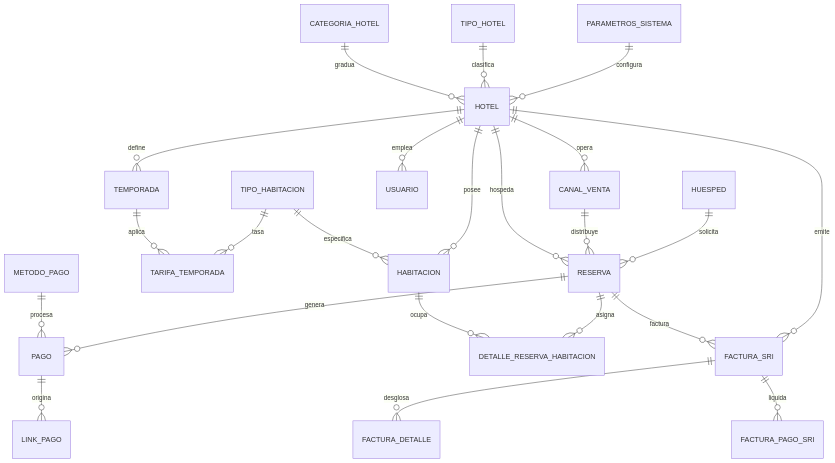
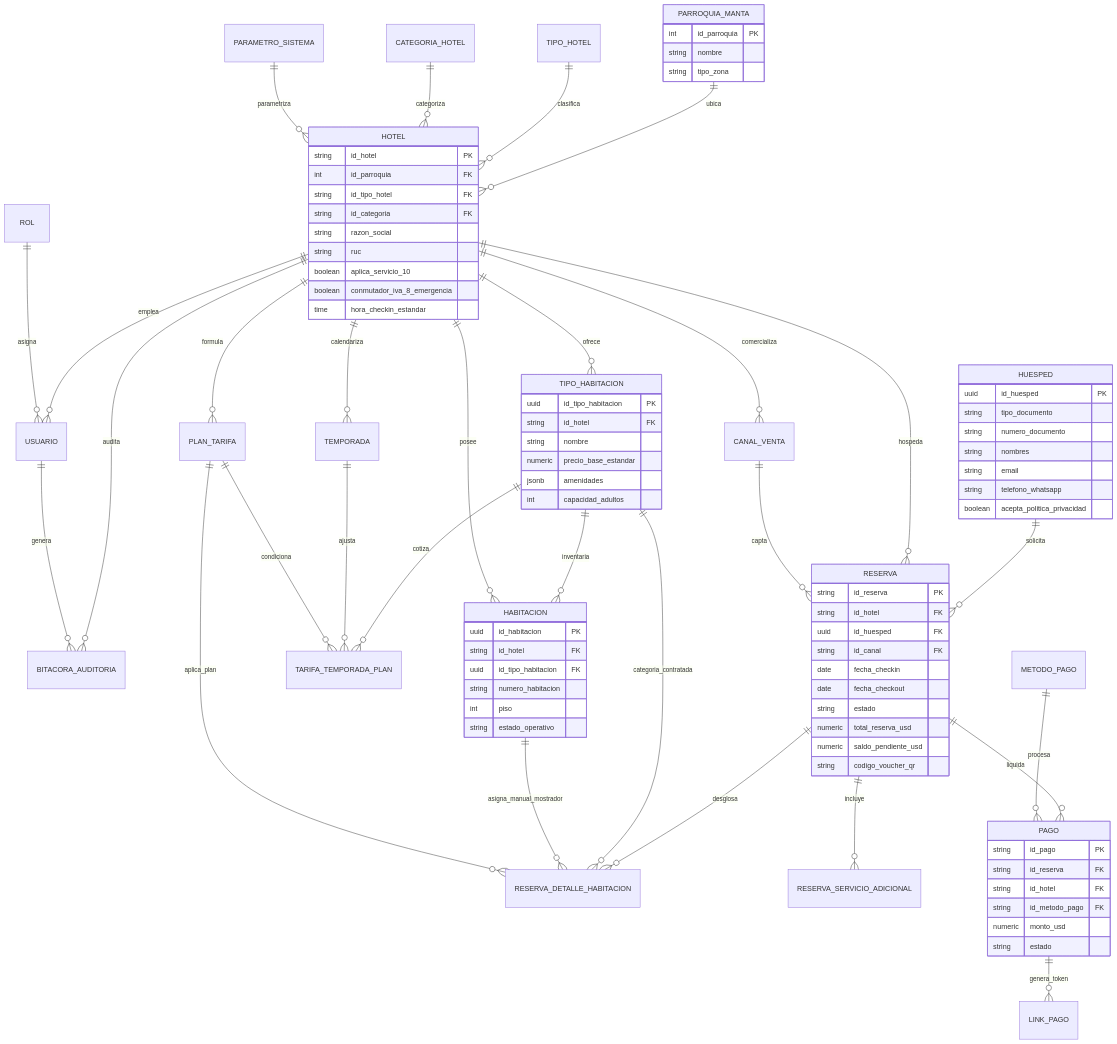
One commit to lenekerc98/Prototipo_BookingHotelero changed the diagram in modelo_base_de_datos_hotelera.md. Above: the diagram before and after it, drawn with Mermaid. The commit also changed other lines of this file and 14 other files, not shown here.

````diff
--- a/modelo_base_de_datos_hotelera.md
+++ b/modelo_base_de_datos_hotelera.md
@@ -11,31 +13,105 @@
 ```mermaid
 erDiagram
-    PARAMETROS_SISTEMA ||--o{ HOTEL : configura
+    PARROQUIA_MANTA ||--o{ HOTEL : ubica
     TIPO_HOTEL ||--o{ HOTEL : clasifica
-    CATEGORIA_HOTEL ||--o{ HOTEL : gradua
+    CATEGORIA_HOTEL ||--o{ HOTEL : categoriza
+    PARAMETRO_SISTEMA ||--o{ HOTEL : parametriza
     
+    HOTEL ||--o{ USUARIO : emplea
+    ROL ||--o{ USUARIO : asigna
+    HOTEL ||--o{ BITACORA_AUDITORIA : audita
+    USUARIO ||--o{ BITACORA_AUDITORIA : genera
+    
+    HOTEL ||--o{ TIPO_HABITACION : ofrece
+    TIPO_HABITACION ||--o{ HABITACION : inventaria
     HOTEL ||--o{ HABITACION : posee
-    HOTEL ||--o{ TEMPORADA : define
-    HOTEL ||--o{ CANAL_VENTA : opera
-    HOTEL ||--o{ USUARIO : emplea
-    HOTEL ||--o{ FACTURA_SRI : emite
     
-    TIPO_HABITACION ||--o{ HABITACION : especifica
-    TIPO_HABITACION ||--o{ TARIFA_TEMPORADA : tasa
-    TEMPORADA ||--o{ TARIFA_TEMPORADA : aplica
+    HOTEL ||--o{ TEMPORADA : calendariza
+    HOTEL ||--o{ PLAN_TARIFA : formula
+    TIPO_HABITACION ||--o{ TARIFA_TEMPORADA_PLAN : cotiza
+    TEMPORADA ||--o{ TARIFA_TEMPORADA_PLAN : ajusta
+    PLAN_TARIFA ||--o{ TARIFA_TEMPORADA_PLAN : condiciona
     
+    HOTEL ||--o{ CANAL_VENTA : comercializa
     HUESPED ||--o{ RESERVA : solicita
-    CANAL_VENTA ||--o{ RESERVA : distribuye
     HOTEL ||--o{ RESERVA : hospeda
+    CANAL_VENTA ||--o{ RESERVA : capta
     
-    RESERVA ||--o{ DETALLE_RESERVA_HABITACION : asigna
-    HABITACION ||--o{ DETALLE_RESERVA_HABITACION : ocupa
+    RESERVA ||--o{ RESERVA_DETALLE_HABITACION : desglosa
+    TIPO_HABITACION ||--o{ RESERVA_DETALLE_HABITACION : categoria_contratada
+    HABITACION ||--o{ RESERVA_DETALLE_HABITACION : asigna_manual_mostrador
+    PLAN_TARIFA ||--o{ RESERVA_DETALLE_HABITACION : aplica_plan
+    RESERVA ||--o{ RESERVA_SERVICIO_ADICIONAL : incluye
     
-    RESERVA ||--o{ PAGO : genera
+    RESERVA ||--o{ PAGO : liquida
     METODO_PAGO ||--o{ PAGO : procesa
-    PAGO ||--o{ LINK_PAGO : origina
-    
-    RESERVA ||--o{ FACTURA_SRI : factura
-    FACTURA_SRI ||--o{ FACTURA_DETALLE : desglosa
-    FACTURA_SRI ||--o{ FACTURA_PAGO_SRI : liquida
+    PAGO ||--o{ LINK_PAGO : genera_token
+
+    PARROQUIA_MANTA {
+        int id_parroquia PK
+        string nombre
+        string tipo_zona
+    }
+
+    HOTEL {
+        string id_hotel PK
+        int id_parroquia FK
+        string id_tipo_hotel FK
+        string id_categoria FK
+        string razon_social
+        string ruc
+        boolean aplica_servicio_10
+        boolean conmutador_iva_8_emergencia
+        time hora_checkin_estandar
+    }
+
+    TIPO_HABITACION {
+        uuid id_tipo_habitacion PK
+        string id_hotel FK
+        string nombre
+        numeric precio_base_estandar
+        jsonb amenidades
+        int capacidad_adultos
+    }
+
+    HABITACION {
+        uuid id_habitacion PK
+        string id_hotel FK
+        uuid id_tipo_habitacion FK
+        string numero_habitacion
+        int piso
+        string estado_operativo
+    }
+
+    HUESPED {
+        uuid id_huesped PK
+        string tipo_documento
+        string numero_documento
+        string nombres
+        string email
+        string telefono_whatsapp
+        boolean acepta_politica_privacidad
+    }
+
+    RESERVA {
+        string id_reserva PK
+        string id_hotel FK
+        uuid id_huesped FK
+        string id_canal FK
+        date fecha_checkin
+        date fecha_checkout
+        string estado
+        numeric total_reserva_usd
+        numeric saldo_pendiente_usd
+        string codigo_voucher_qr
+    }
+
+    PAGO {
+        string id_pago PK
+        string id_reserva FK
+        string id_hotel FK
+        string id_metodo_pago FK
+        numeric monto_usd
+        string estado
+    }
 ```
````
